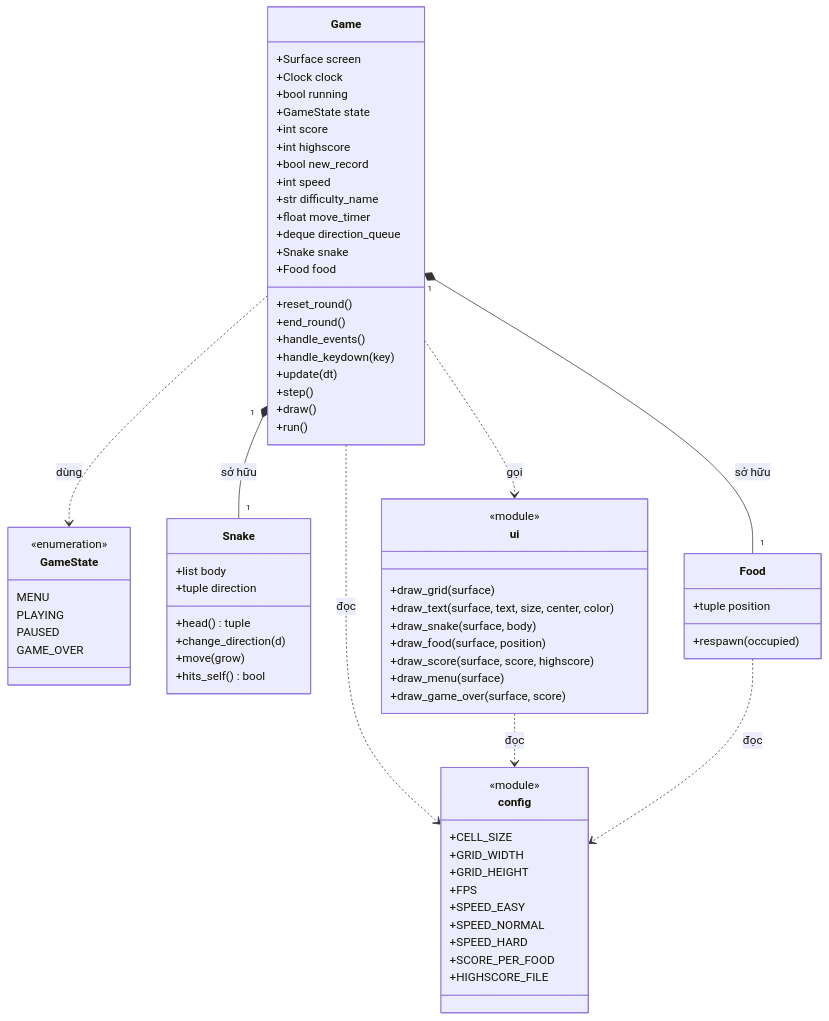
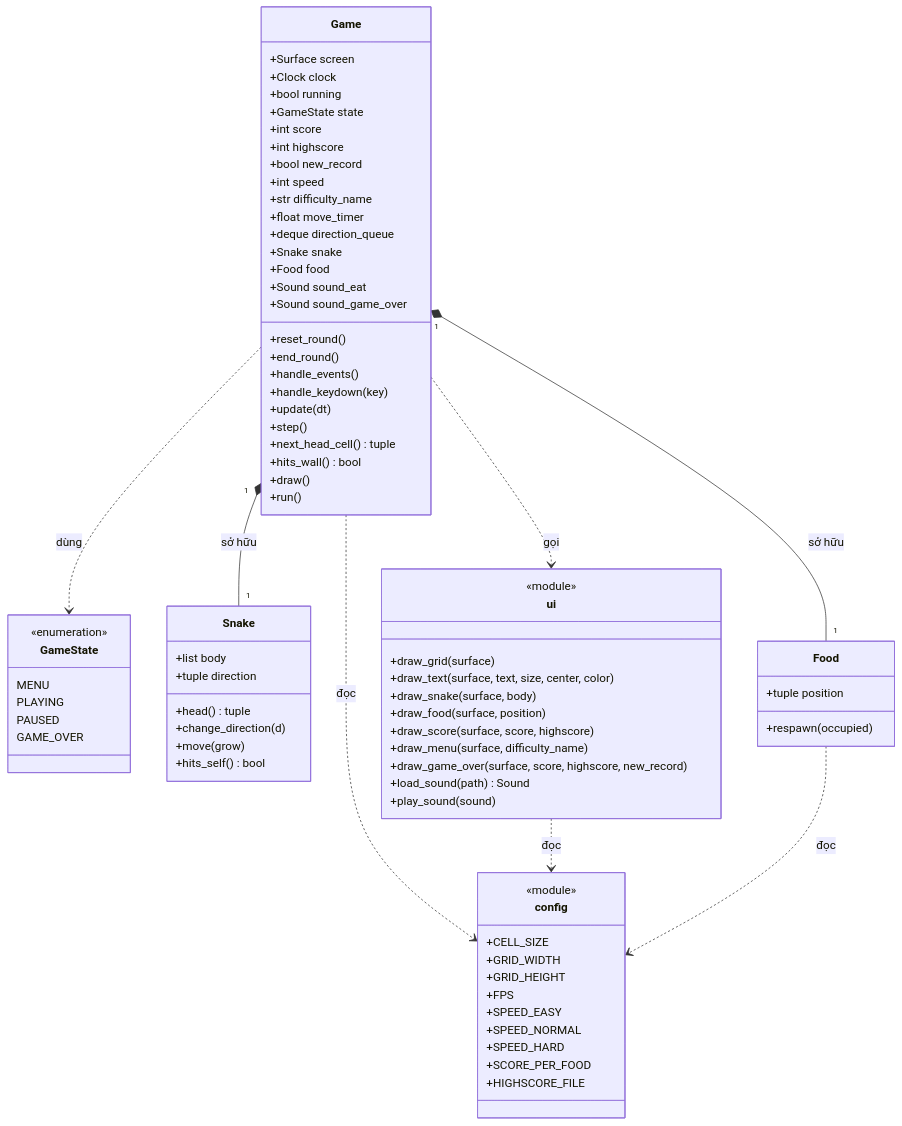
Before and after one commit to tronghv77/snake-game-uit: the second of 2 diagrams in docs/SO-DO.md, drawn with Mermaid. The commit also changed other lines of this file and 7 other files, not shown here.

```diff
--- a/docs/SO-DO.md
+++ b/docs/SO-DO.md
@@ -124,12 +124,16 @@
         +deque direction_queue
         +Snake snake
         +Food food
+        +Sound sound_eat
+        +Sound sound_game_over
         +reset_round()
         +end_round()
         +handle_events()
         +handle_keydown(key)
         +update(dt)
         +step()
+        +next_head_cell() tuple
+        +hits_wall() bool
         +draw()
         +run()
     }
@@ -155,8 +159,10 @@
         +draw_snake(surface, body)
         +draw_food(surface, position)
         +draw_score(surface, score, highscore)
-        +draw_menu(surface)
-        +draw_game_over(surface, score)
+        +draw_menu(surface, difficulty_name)
+        +draw_game_over(surface, score, highscore, new_record)
+        +load_sound(path) Sound
+        +play_sound(sound)
     }
 
     class config {
```
